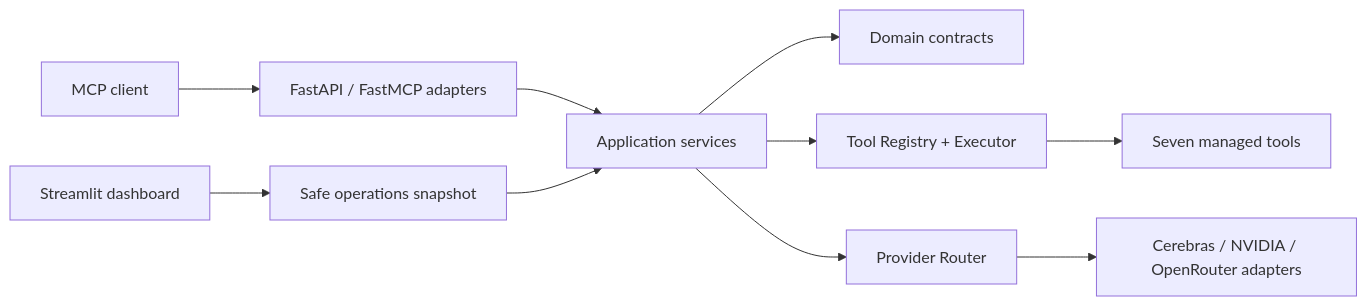
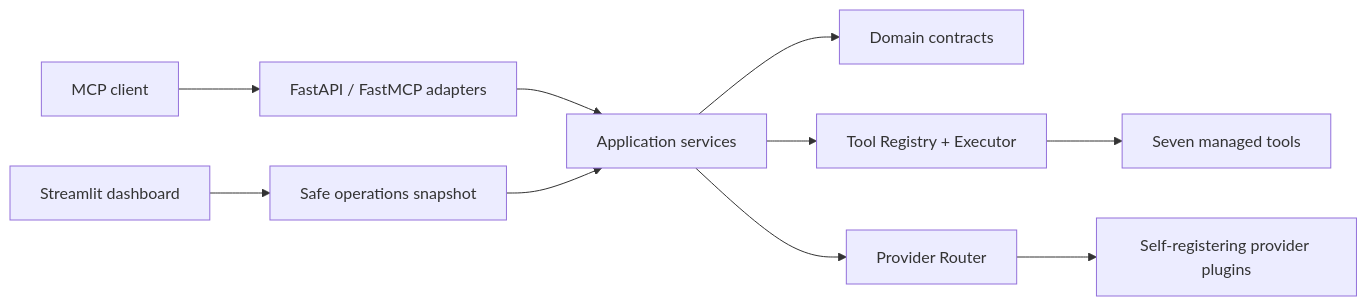
One commit to LeelaissakAttota/ToolBridge-MCP-Server changed the diagram in README.md. Above: the diagram before and after it, drawn with Mermaid. The commit also changed other lines of this file and 46 other files, not shown here.

````diff
--- a/README.md
+++ b/README.md
@@ -22,12 +23,12 @@
 ```mermaid
 flowchart LR
     C["MCP client"] --> F["FastAPI / FastMCP adapters"]
     F --> A["Application services"]
     A --> D["Domain contracts"]
     A --> R["Tool Registry + Executor"]
     A --> P["Provider Router"]
     R --> T["Seven managed tools"]
-    P --> L["Cerebras / NVIDIA / OpenRouter adapters"]
+    P --> L["Self-registering provider plugins"]
     O["Streamlit dashboard"] --> S["Safe operations snapshot"]
     S --> A
 ```
````
